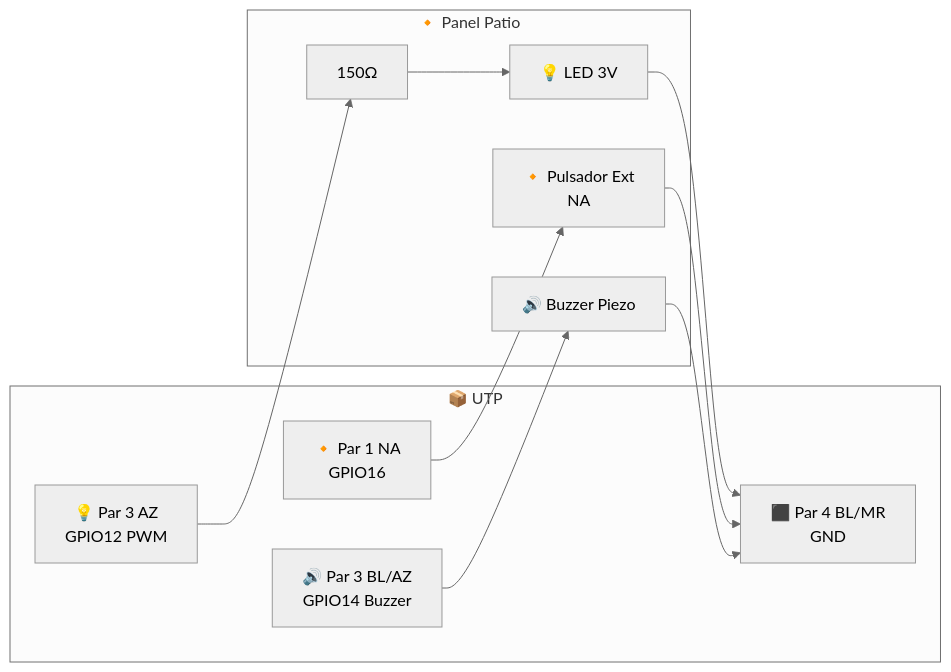
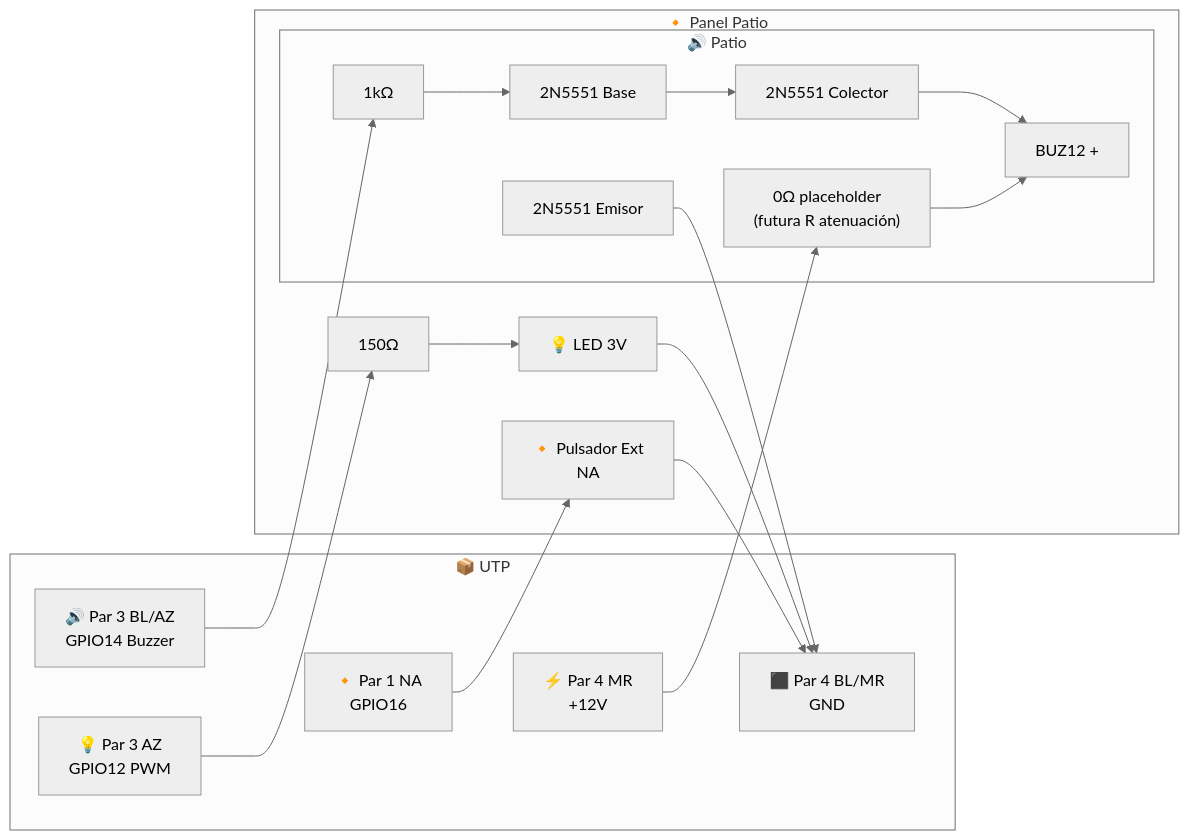
One commit to abelbour/Abrepuertas changed the fifth of 11 diagrams in README.md. Above: the diagram before and after it, drawn with Mermaid (neutral theme). The commit also changed other lines of this file, not shown here.

Commit message:
BUZ12 + 2N5551 driver: BOM, §4.5, §12.3, §12.4

````diff
--- a/README.md
+++ b/README.md
@@ -479,20 +487,25 @@
 ```mermaid
 flowchart LR
     subgraph UTP["📦 UTP"]
         NA["🔸 Par 1 NA<br/>GPIO16"]
         AZ["💡 Par 3 AZ<br/>GPIO12 PWM"]
         BLAZ["🔊 Par 3 BL/AZ<br/>GPIO14 Buzzer"]
+        P4MR["⚡ Par 4 MR<br/>+12V"]
         GND["⬛ Par 4 BL/MR<br/>GND"]
     end
 
     subgraph Panel["🔸 Panel Patio"]
         NA --> Puls["🔸 Pulsador Ext<br/>NA"]
         Puls --> GND
 
         AZ --> R150[150Ω] --> LED3["💡 LED 3V"]
         LED3 --> GND
 
-        BLAZ --> Buz["🔊 Buzzer Piezo"]
-        Buz --> GND
+        subgraph BuzzerPatio["🔊 Patio"]
+            BLAZ --> RB[1kΩ] --> BB[2N5551 Base]
+            P4MR --> R0["0Ω placeholder<br/>(futura R atenuación)"] --> BZ12["BUZ12 +"]
+            BB --> CB[2N5551 Colector] --> BZ12
+            EB[2N5551 Emisor] --> GND
+        end
     end
 ```
````
